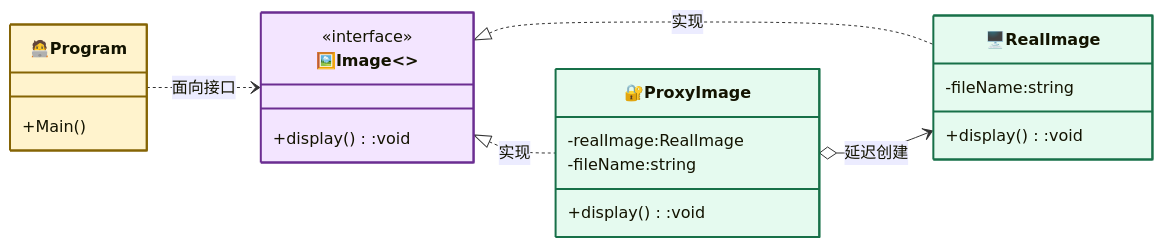
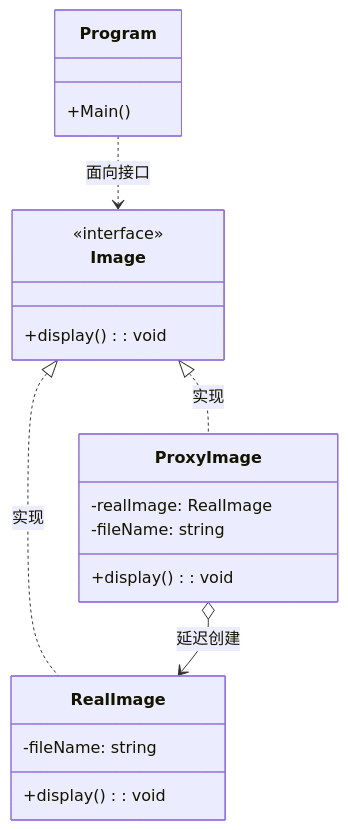
One commit to hollson/design_patterns changed the second of 2 diagrams in ProxyPattern/README.md. Above: the diagram before and after it, drawn with Mermaid. The commit also changed other lines of this file and 19 other files, not shown here.

````diff
--- a/ProxyPattern/README.md
+++ b/ProxyPattern/README.md
@@ -20,31 +43,24 @@
 ```mermaid
-%%{init: {"classDiagram": {"useMarkdownLabels": true}} }%%
 classDiagram
-    direction LR
-
-    class Subject["🖼️Image<<interface>>"]:::strategyCls{
+    class Image {
         <<interface>>
-        +display():void
+        +display(): void
     }
-    class RealSubject["🖥️RealImage"]:::concreteCls{
-        -fileName:string
-        +display():void
+    class RealImage {
+        -fileName: string
+        +display(): void
     }
-    class Proxy["🔐ProxyImage"]:::concreteCls{
-        -realImage:RealImage
-        -fileName:string
-        +display():void
+    class ProxyImage {
+        -realImage: RealImage
+        -fileName: string
+        +display(): void
     }
-    class Client["🧑‍💻Program"]:::contextCls{
+    class Program {
         +Main()
     }
 
-    Subject <|.. RealSubject : 实现
-    Subject <|.. Proxy : 实现
-    Proxy o--> RealSubject : 延迟创建
-    Client ..> Subject : 面向接口
-
-    classDef contextCls fill:#fff3cd,stroke:#856404,stroke-width:2px
-    classDef strategyCls fill:#f3e5ff,stroke:#6b2d91,stroke-width:2px
-    classDef concreteCls fill:#e5faef,stroke:#177048,stroke-width:2px
+    Image <|.. RealImage : 实现
+    Image <|.. ProxyImage : 实现
+    ProxyImage o--> RealImage : 延迟创建
+    Program ..> Image : 面向接口
 ```
````
